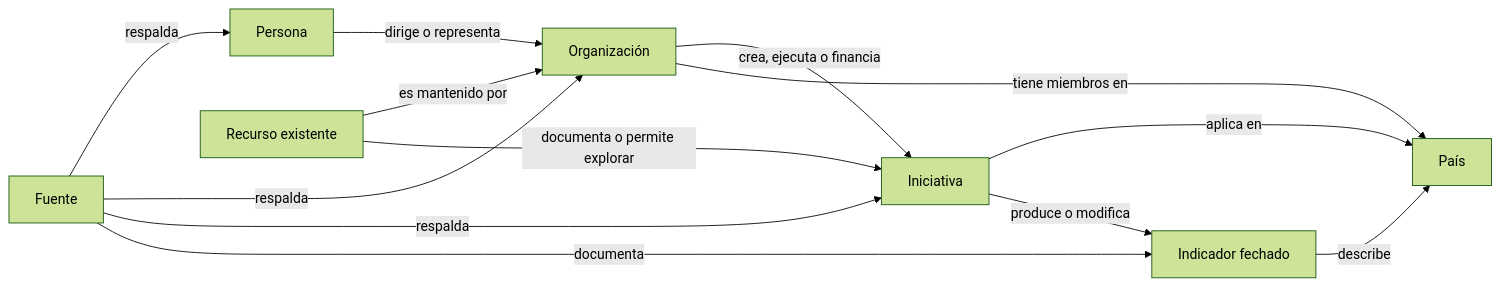
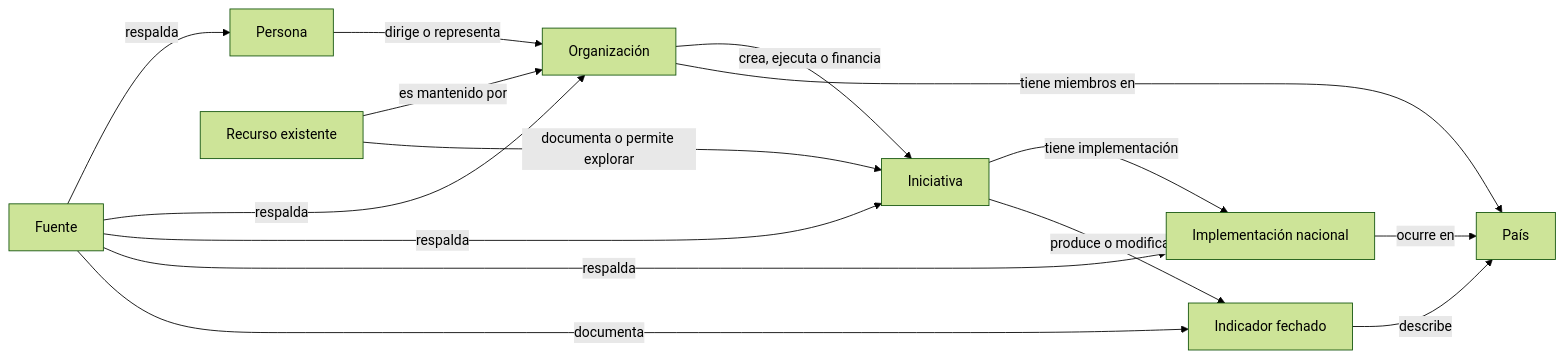
One commit to republicasunidas/republicas-unidas changed the diagram in ATLAS.md. Above: the diagram before and after it, drawn with Mermaid (forest theme). The commit also changed other lines of this file and 16 other files, not shown here.

````diff
--- a/ATLAS.md
+++ b/ATLAS.md
@@ -26,15 +26,17 @@
 ```mermaid
 graph LR
   P["Persona"] -->|dirige o representa| O["Organización"]
   O -->|crea, ejecuta o financia| I["Iniciativa"]
-  I -->|aplica en| C["País"]
+  I -->|tiene implementación| M["Implementación nacional"]
+  M -->|ocurre en| C["País"]
   O -->|tiene miembros en| C
   D["Fuente"] -->|respalda| P
   D -->|respalda| O
   D -->|respalda| I
+  D -->|respalda| M
   N["Indicador fechado"] -->|describe| C
   D -->|documenta| N
   I -->|produce o modifica| N
   R["Recurso existente"] -->|es mantenido por| O
   R -->|documenta o permite explorar| I
 ```
````
